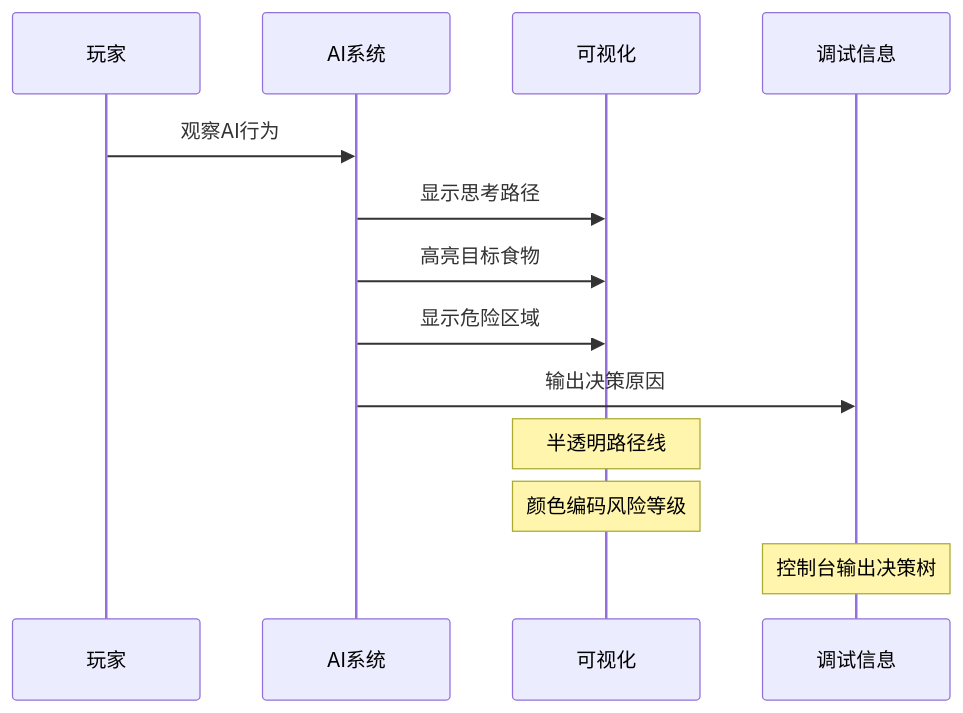
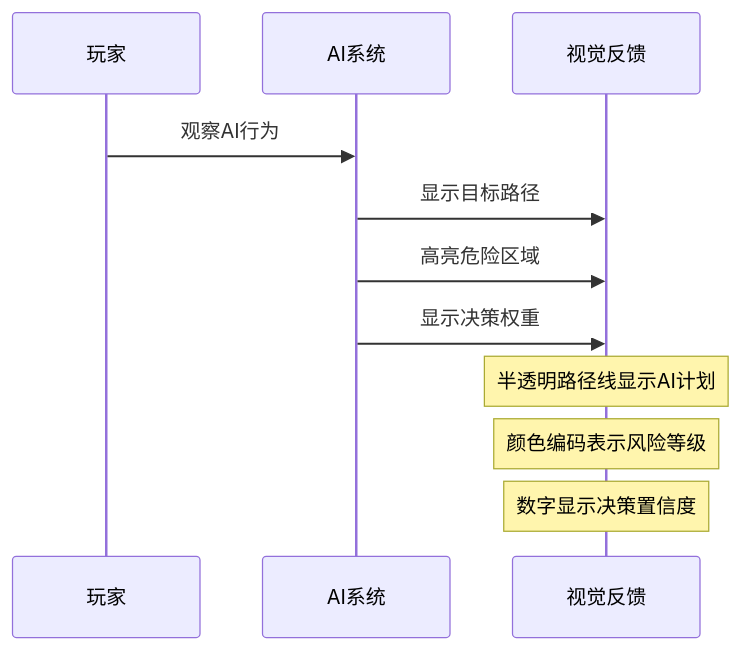
Before and after one commit to youjing-mz/snake: the tenth of 10 diagrams in 课时3-游戏AI与智能化/README.md, drawn with Mermaid. The commit also changed other lines of this file and 8 other files, not shown here.

````diff
--- a/课时3-游戏AI与智能化/README.md
+++ b/课时3-游戏AI与智能化/README.md
@@ -216,17 +220,15 @@
 ```mermaid
 sequenceDiagram
     participant Player as 玩家
     participant AI as AI系统
-    participant Visual as 可视化
-    participant Debug as 调试信息
+    participant Visual as 视觉反馈
     
     Player->>AI: 观察AI行为
-    AI->>Visual: 显示思考路径
-    AI->>Visual: 高亮目标食物
-    AI->>Visual: 显示危险区域
-    AI->>Debug: 输出决策原因
+    AI->>Visual: 显示目标路径
+    AI->>Visual: 高亮危险区域
+    AI->>Visual: 显示决策权重
     
-    Note over Visual: 半透明路径线
-    Note over Visual: 颜色编码风险等级
-    Note over Debug: 控制台输出决策树
+    Note over Visual: 半透明路径线显示AI计划
+    Note over Visual: 颜色编码表示风险等级
+    Note over Visual: 数字显示决策置信度
 ```
````
